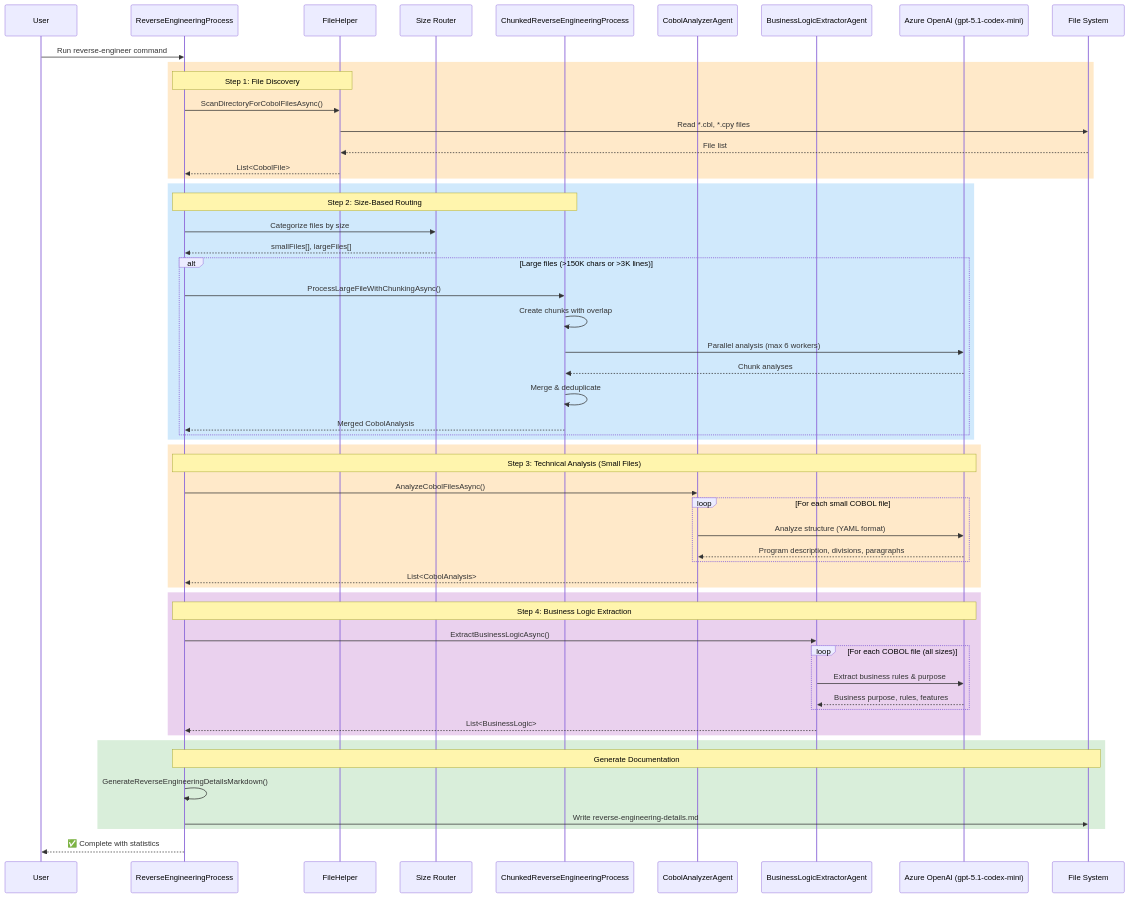
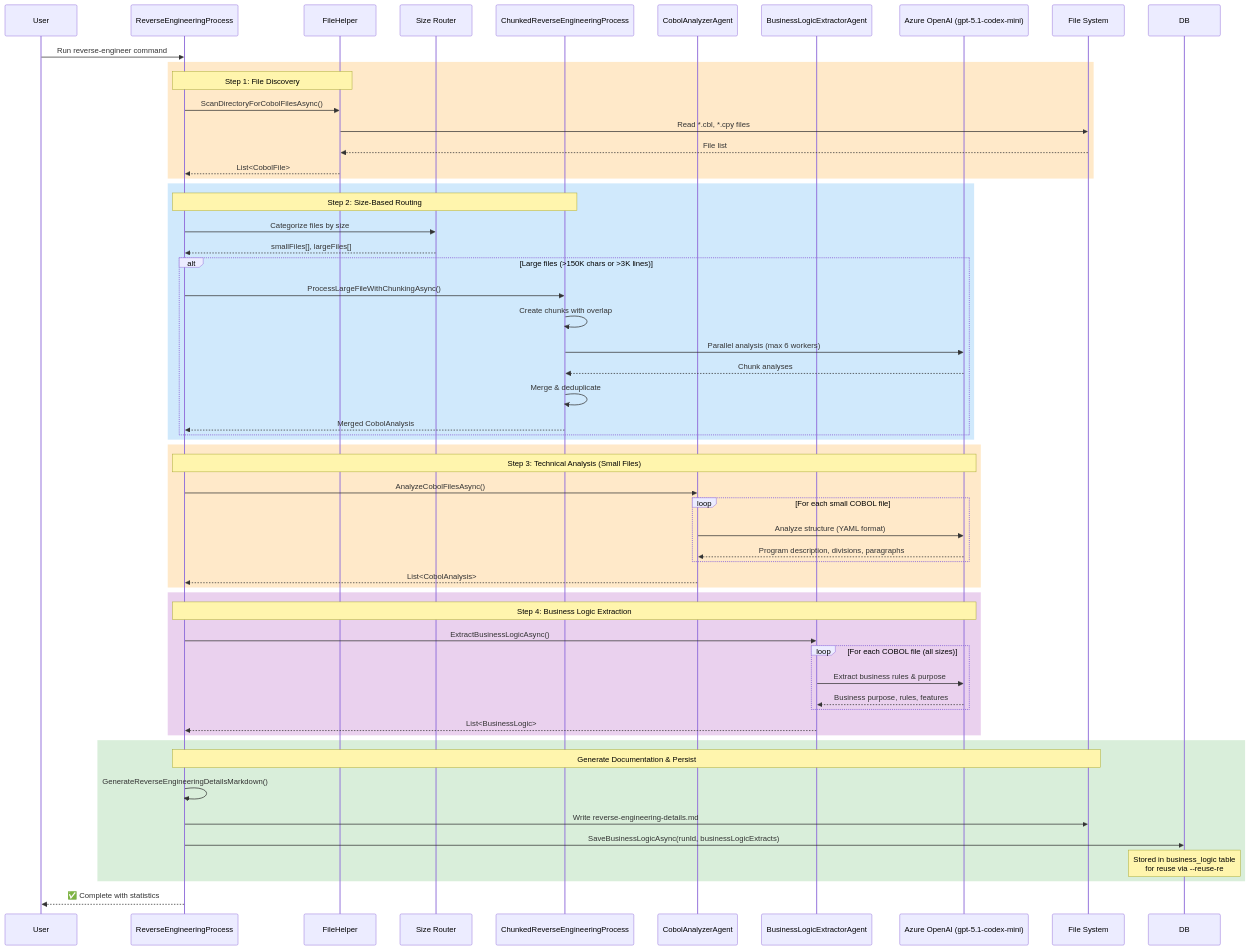
One commit to Azure-Samples/Legacy-Modernization-Agents changed the fourth of 7 diagrams in docs/REVERSE_ENGINEERING_ARCHITECTURE.md. Above: the diagram before and after it, drawn with Mermaid. The commit also changed other lines of this file and 19 other files, not shown here.

First line of the commit message:
feat: Enhance reverse engineering process with dependency mapping and business logic persistence

````diff
--- a/docs/REVERSE_ENGINEERING_ARCHITECTURE.md
+++ b/docs/REVERSE_ENGINEERING_ARCHITECTURE.md
@@ -210,65 +213,67 @@
 ```mermaid
 sequenceDiagram
     participant User
     participant Process as ReverseEngineeringProcess
     participant FileHelper
     participant SizeRouter as Size Router
     participant ChunkedProcess as ChunkedReverseEngineeringProcess
     participant CobolAgent as CobolAnalyzerAgent
     participant BusinessAgent as BusinessLogicExtractorAgent
     participant AI as Azure OpenAI (gpt-5.1-codex-mini)
     participant FS as File System
     
     User->>Process: Run reverse-engineer command
     
     rect rgba(255, 183, 77, 0.3)
     Note over Process,FileHelper: Step 1: File Discovery
     Process->>FileHelper: ScanDirectoryForCobolFilesAsync()
     FileHelper->>FS: Read *.cbl, *.cpy files
     FS-->>FileHelper: File list
     FileHelper-->>Process: List<CobolFile>
     end
     
     rect rgba(100, 181, 246, 0.3)
     Note over Process,ChunkedProcess: Step 2: Size-Based Routing
     Process->>SizeRouter: Categorize files by size
     SizeRouter-->>Process: smallFiles[], largeFiles[]
     
     alt Large files (>150K chars or >3K lines)
         Process->>ChunkedProcess: ProcessLargeFileWithChunkingAsync()
         ChunkedProcess->>ChunkedProcess: Create chunks with overlap
         ChunkedProcess->>AI: Parallel analysis (max 6 workers)
         AI-->>ChunkedProcess: Chunk analyses
         ChunkedProcess->>ChunkedProcess: Merge & deduplicate
         ChunkedProcess-->>Process: Merged CobolAnalysis
     end
     end
     
     rect rgba(255, 183, 77, 0.3)
     Note over Process,AI: Step 3: Technical Analysis (Small Files)
     Process->>CobolAgent: AnalyzeCobolFilesAsync()
     loop For each small COBOL file
         CobolAgent->>AI: Analyze structure (YAML format)
         AI-->>CobolAgent: Program description, divisions, paragraphs
     end
     CobolAgent-->>Process: List<CobolAnalysis>
     end
     
     rect rgba(186, 104, 200, 0.3)
     Note over Process,AI: Step 4: Business Logic Extraction
     Process->>BusinessAgent: ExtractBusinessLogicAsync()
     loop For each COBOL file (all sizes)
         BusinessAgent->>AI: Extract business rules & purpose
         AI-->>BusinessAgent: Business purpose, rules, features
     end
     BusinessAgent-->>Process: List<BusinessLogic>
     end
     
     rect rgba(129, 199, 132, 0.3)
-    Note over Process,FS: Generate Documentation
+    Note over Process,FS: Generate Documentation & Persist
     Process->>Process: GenerateReverseEngineeringDetailsMarkdown()
     Process->>FS: Write reverse-engineering-details.md
+    Process->>DB: SaveBusinessLogicAsync(runId, businessLogicExtracts)
+    Note over DB: Stored in business_logic table<br/>for reuse via --reuse-re
     end
     
     Process-->>User: ✅ Complete with statistics
 ```
````
